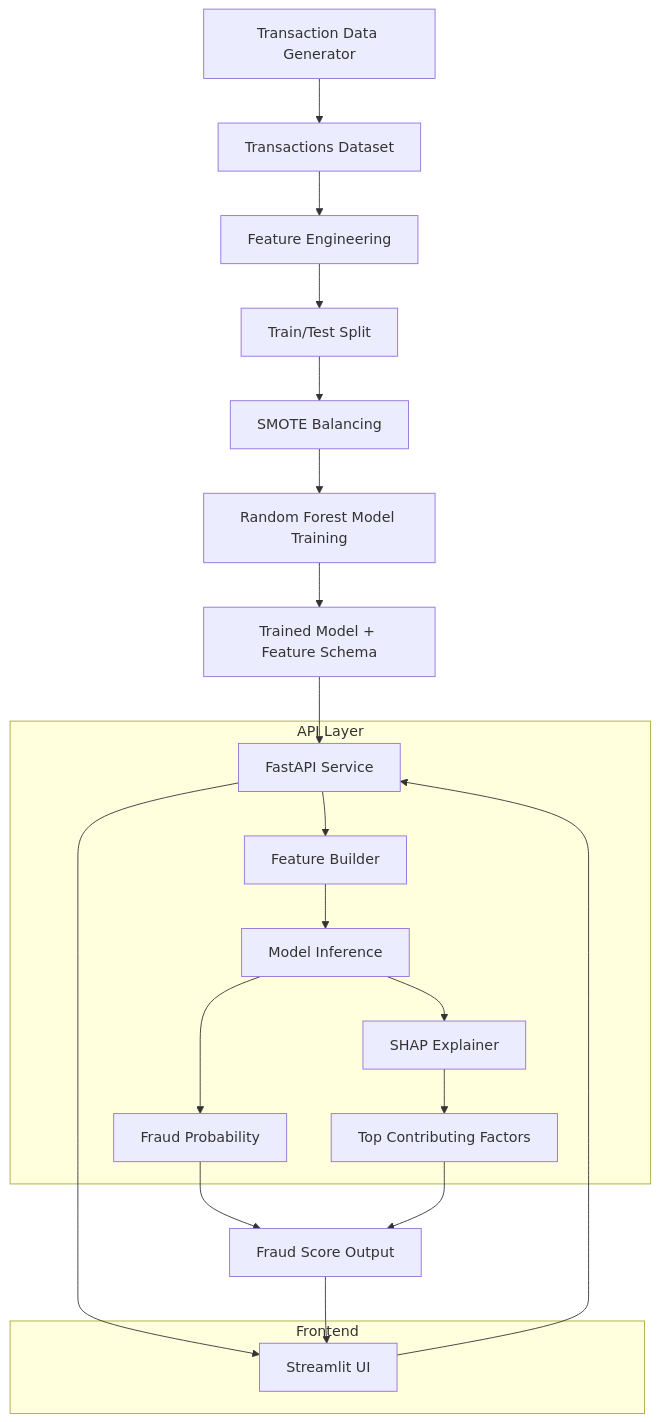
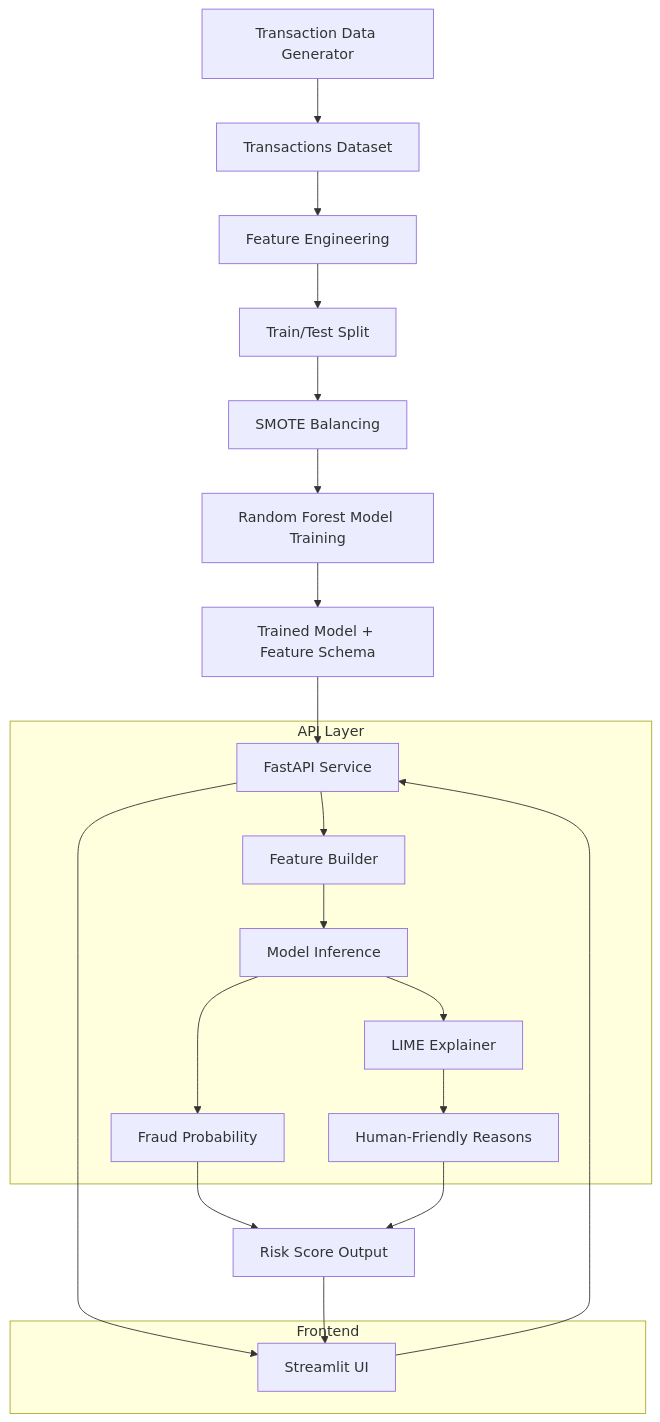
Before and after one commit to jmuthoni21/M-PESA-Transaction-Anomaly-Scorer: the diagram in README.md, drawn with Mermaid. The commit also changed other lines of this file and 17 other files, not shown here.

````diff
--- a/README.md
+++ b/README.md
@@ -5,27 +23,27 @@
 ```mermaid
 flowchart TD
     A[Transaction Data Generator] --> B[Transactions Dataset]
     B --> C[Feature Engineering]
     C --> D[Train/Test Split]
     D --> E[SMOTE Balancing]
     E --> F[Random Forest Model Training]
     F --> G[Trained Model + Feature Schema]
     G --> H[FastAPI Service]
 
     subgraph API Layer
         H --> I[Feature Builder]
         I --> J[Model Inference]
         J --> K[Fraud Probability]
-        J --> L[SHAP Explainer]
-        L --> M[Top Contributing Factors]
+        J --> L[LIME Explainer]
+        L --> M[Human-Friendly Reasons]
     end
 
     subgraph Frontend
         N[Streamlit UI] --> H
         H --> N
     end
 
-    K --> O[Fraud Score Output]
+    K --> O[Risk Score Output]
     M --> O
     O --> N
 ```
````
